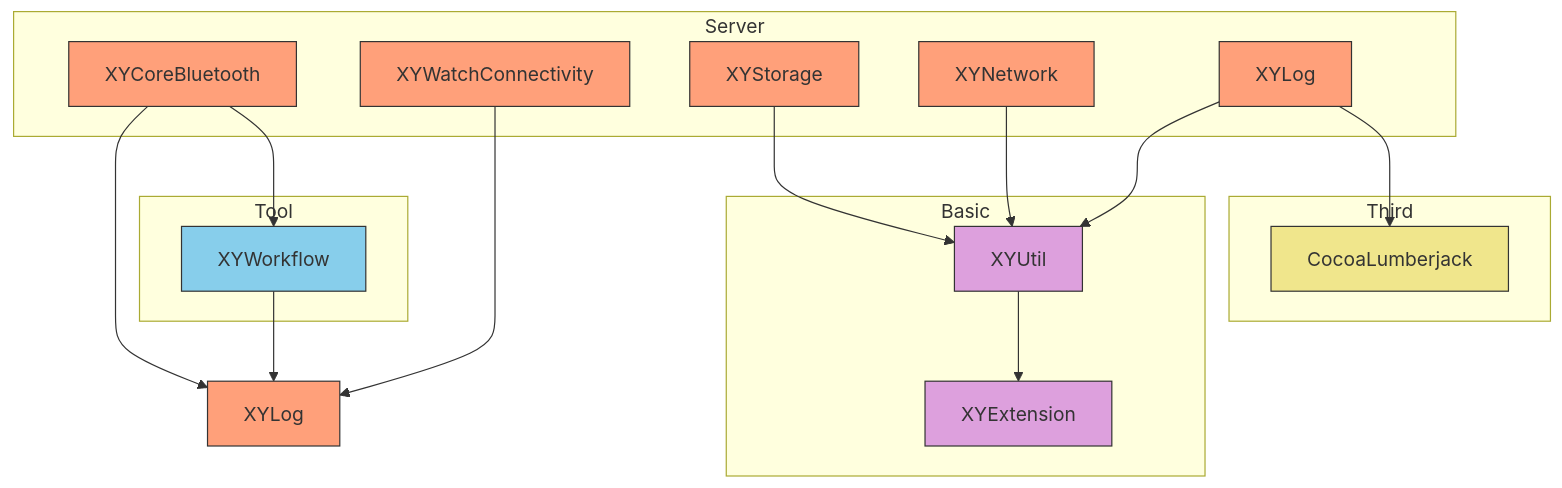
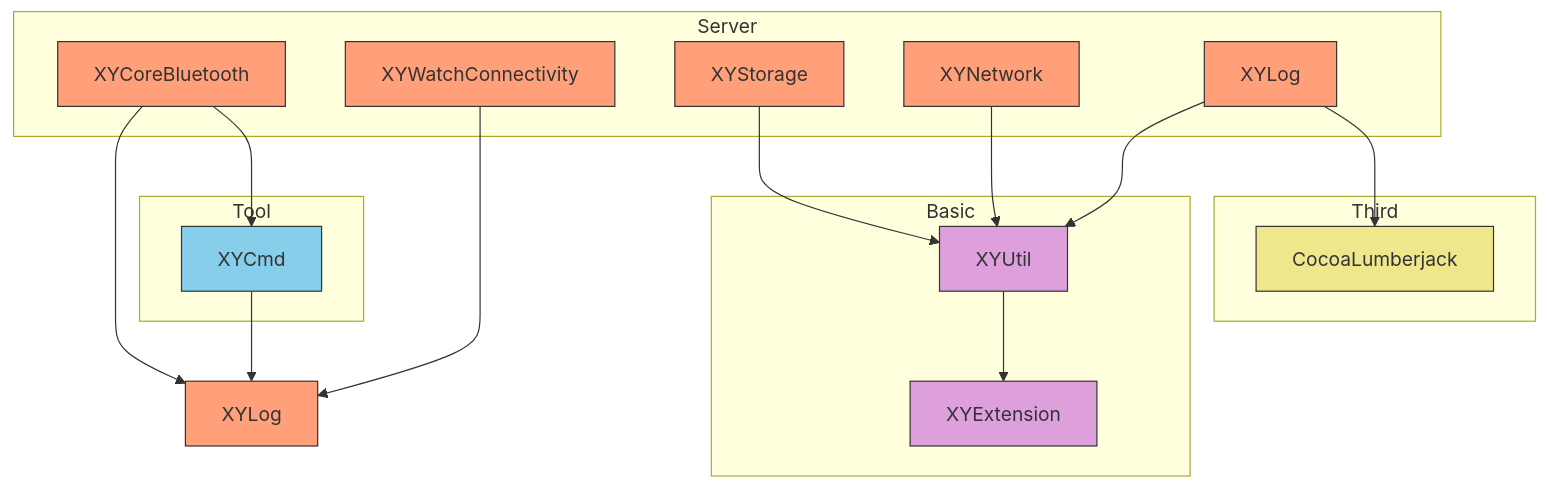
The second of 2 diagrams in Server/README.md (huangsf89757/XYLib), drawn with Mermaid before and after one commit. The commit also changed 194 other files, not shown here.

````diff
--- a/Server/README.md
+++ b/Server/README.md
@@ -52,50 +52,50 @@
 ```mermaid
 graph TD
     A[XYCoreBluetooth] --> B[XYLog]
-    A --> C[XYWorkflow]
+    A --> C[XYCmd]
     
     D[XYWatchConnectivity] --> B
     
     E[XYStorage] --> F[XYUtil]
     
     G[XYNetwork] --> F
     
     H[XYLog] --> F
     H --> I[CocoaLumberjack]
     
     C --> B
     
     F --> J[XYExtension]
     
     subgraph Server
         A
         D
         E
         G
         H
     end
     
     subgraph Tool
         C
     end
     
     subgraph Basic
         F
         J
     end
     
     subgraph Third
         I
     end
     
     style A fill:#FFA07A,stroke:#333
     style B fill:#FFA07A,stroke:#333
     style C fill:#87CEEB,stroke:#333
     style D fill:#FFA07A,stroke:#333
     style E fill:#FFA07A,stroke:#333
     style F fill:#DDA0DD,stroke:#333
     style G fill:#FFA07A,stroke:#333
     style H fill:#FFA07A,stroke:#333
     style I fill:#F0E68C,stroke:#333
     style J fill:#DDA0DD,stroke:#333
 ```
````
